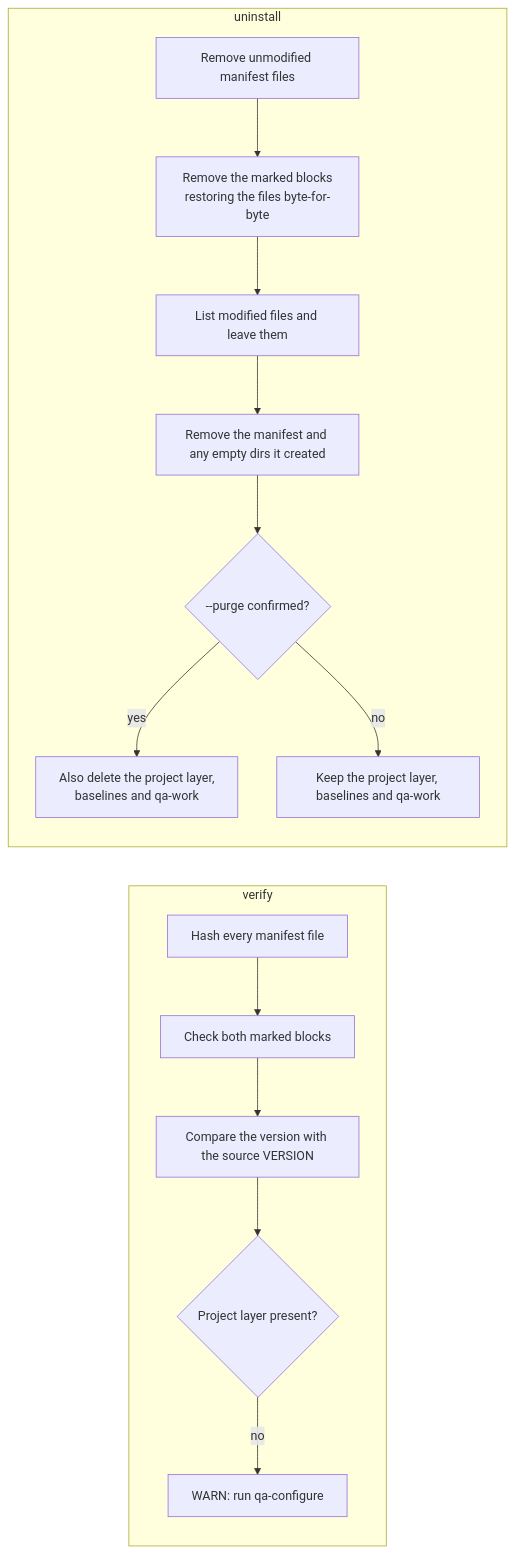
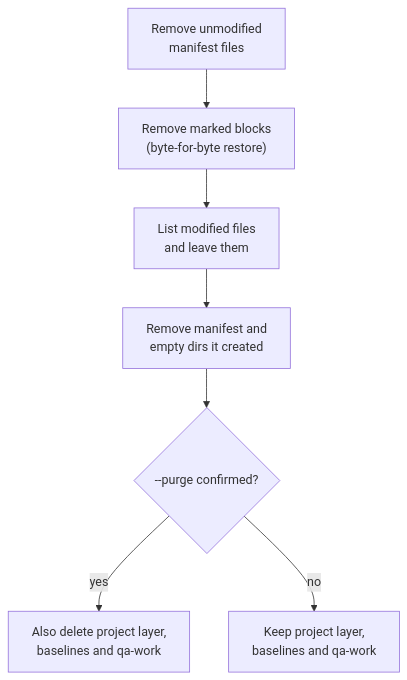
Before and after one commit to bmad-kainos/ai-qa: the fourth of 4 diagrams in docs/flows/01-install.md, drawn with Mermaid. The commit also changed other lines of this file and 3 other files, not shown here.

Commit message:
docs: fix install flow chart and split flow diagrams for readability

````diff
--- a/docs/flows/01-install.md
+++ b/docs/flows/01-install.md
@@ -46,17 +66,9 @@
 ```mermaid
-flowchart LR
-  subgraph verify
-    V1[Hash every manifest file] --> V2[Check both marked blocks]
-    V2 --> V3[Compare the version with the source VERSION]
-    V3 --> V4{Project layer present?}
-    V4 -- no --> V5[WARN: run qa-configure]
-  end
-  subgraph uninstall
-    U1[Remove unmodified manifest files] --> U2[Remove the marked blocks<br/>restoring the files byte-for-byte]
-    U2 --> U3[List modified files and leave them]
-    U3 --> U4[Remove the manifest and any empty dirs it created]
-    U4 --> U5{--purge confirmed?}
-    U5 -- yes --> U6[Also delete the project layer,<br/>baselines and qa-work]
-    U5 -- no --> U7[Keep the project layer, baselines and qa-work]
-  end
+flowchart TD
+  U1["Remove unmodified<br/>manifest files"] --> U2["Remove marked blocks<br/>(byte-for-byte restore)"]
+  U2 --> U3["List modified files<br/>and leave them"]
+  U3 --> U4["Remove manifest and<br/>empty dirs it created"]
+  U4 --> U5{"--purge confirmed?"}
+  U5 -->|yes| U6["Also delete project layer,<br/>baselines and qa-work"]
+  U5 -->|no| U7["Keep project layer,<br/>baselines and qa-work"]
 ```
````
